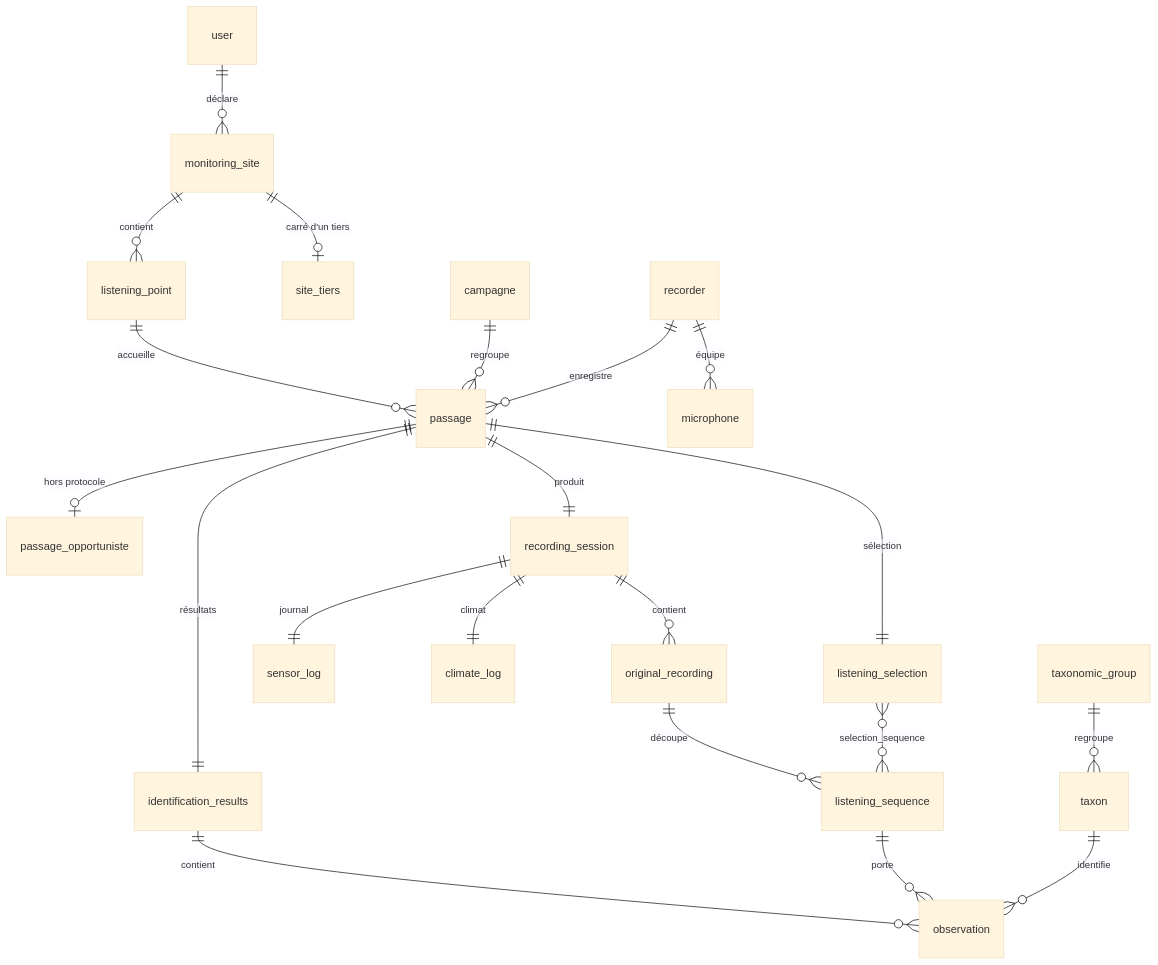
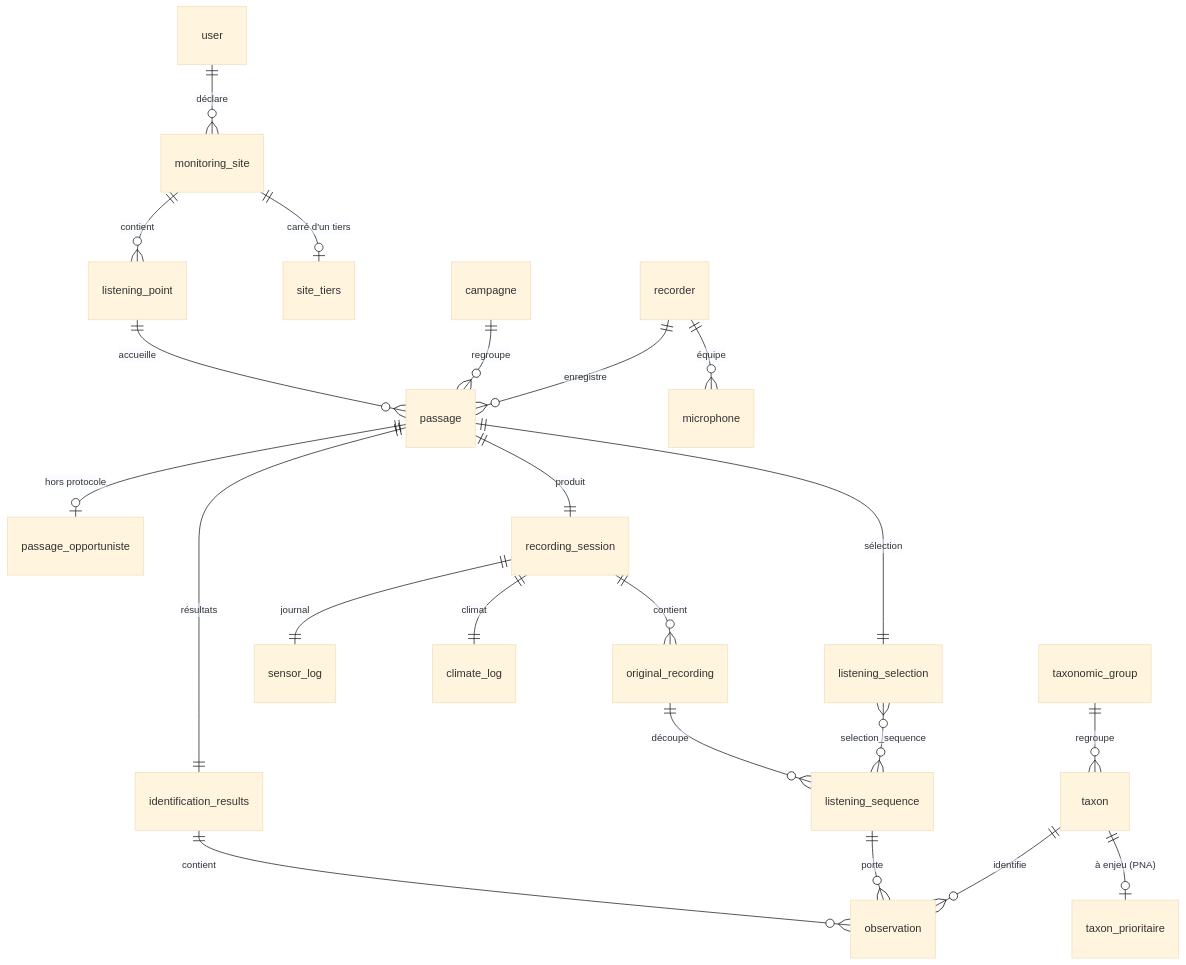
One commit to echonuit/vigiechiro-pr-companion changed the diagram in dev-docs/modele-de-donnees.md. Above: the diagram before and after it, drawn with Mermaid (base theme). The commit also changed 12 other files, not shown here.

````diff
--- a/dev-docs/modele-de-donnees.md
+++ b/dev-docs/modele-de-donnees.md
@@ -50,23 +50,24 @@
 ```mermaid
 erDiagram
     user ||--o{ monitoring_site : "déclare"
     monitoring_site ||--o{ listening_point : "contient"
     monitoring_site ||--o| site_tiers : "carré d'un tiers"
     listening_point ||--o{ passage : "accueille"
     campagne ||--o{ passage : "regroupe"
     passage ||--o| passage_opportuniste : "hors protocole"
     recorder ||--o{ passage : "enregistre"
     recorder ||--o{ microphone : "équipe"
     passage ||--|| recording_session : "produit"
     recording_session ||--o{ original_recording : "contient"
     original_recording ||--o{ listening_sequence : "découpe"
     recording_session ||--|| sensor_log : "journal"
     recording_session ||--|| climate_log : "climat"
     passage ||--|| listening_selection : "sélection"
     listening_selection }o--o{ listening_sequence : "selection_sequence"
     passage ||--|| identification_results : "résultats"
     identification_results ||--o{ observation : "contient"
     listening_sequence ||--o{ observation : "porte"
+    taxon ||--o| taxon_prioritaire : "à enjeu (PNA)"
     taxon ||--o{ observation : "identifie"
     taxonomic_group ||--o{ taxon : "regroupe"
 ```
````
